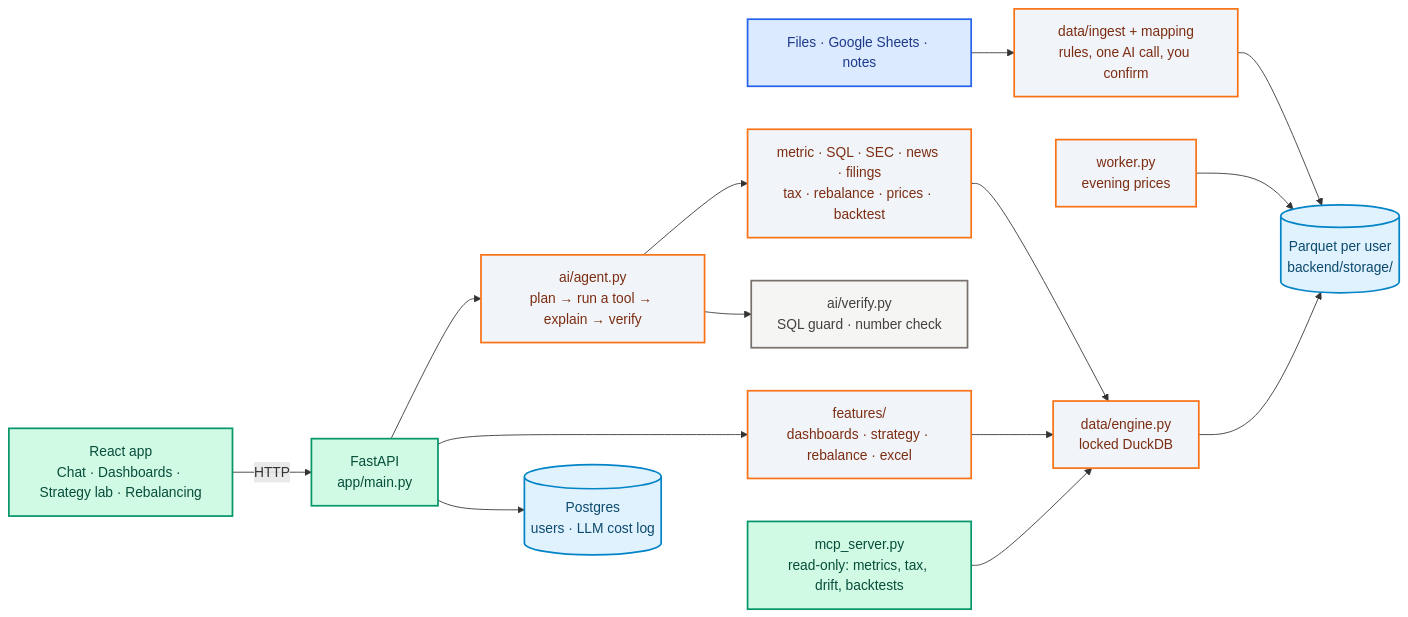
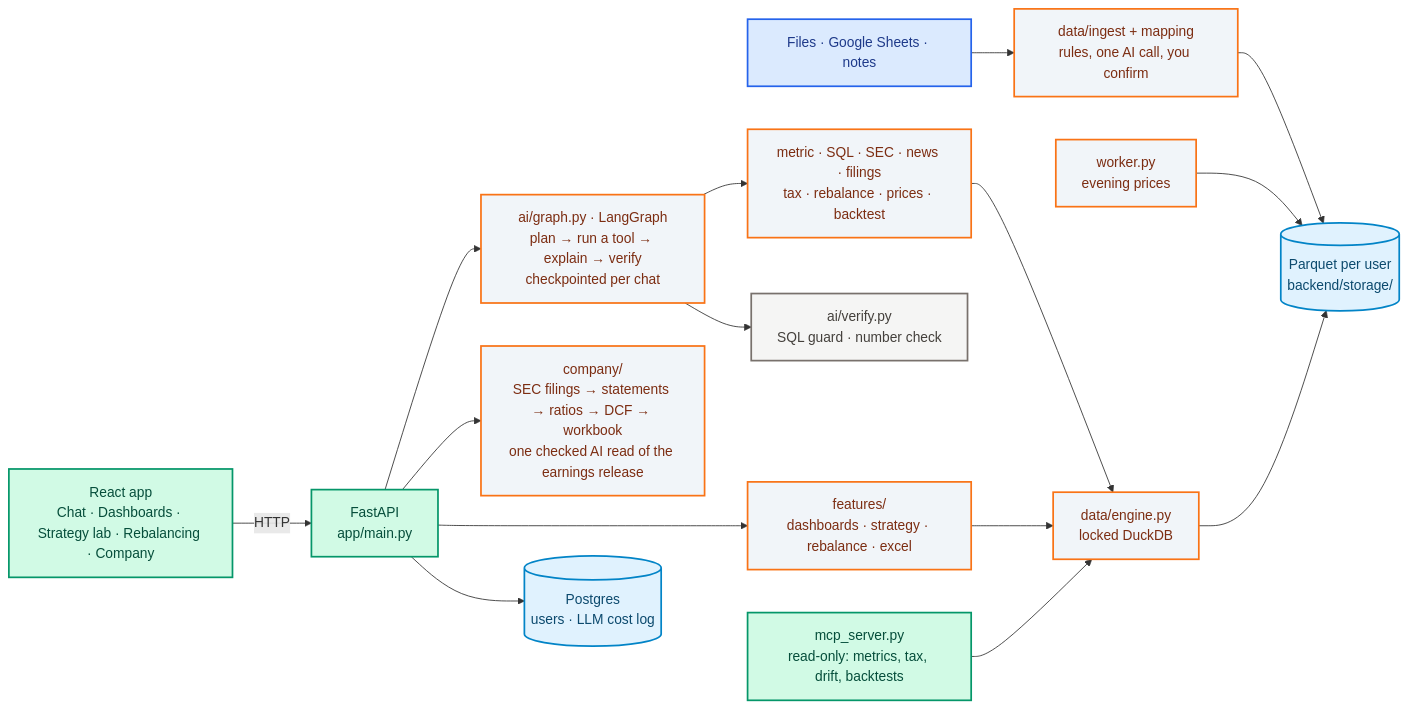
One commit to AmanDataGuy/WealthOS changed the diagram in README.md. Above: the diagram before and after it, drawn with Mermaid. The commit also changed other lines of this file, not shown here.

Commit message:
docs: describe the LangGraph assistant, company mode, PDF statements and sample data in the README

````diff
--- a/README.md
+++ b/README.md
@@ -38,23 +40,24 @@
 ```mermaid
 flowchart LR
     classDef input fill:#dbeafe,stroke:#2563eb,stroke-width:2px,color:#1e3a8a
     classDef interface fill:#d1fae5,stroke:#059669,stroke-width:2px,color:#064e3b
     classDef core fill:#f1f5f9,stroke:#f97316,stroke-width:2px,color:#7c2d12
     classDef data fill:#e0f2fe,stroke:#0284c7,stroke-width:2px,color:#0c4a6e
     classDef guard fill:#f5f5f4,stroke:#78716c,stroke-width:2px,color:#44403c
 
     Files[Files · Google Sheets · notes]:::input --> Ingest[data/ingest + mapping<br>rules, one AI call, you confirm]:::core
     Ingest --> PQ[(Parquet per user<br>backend/storage/)]:::data
     Worker[worker.py<br>evening prices]:::core --> PQ
 
-    UI[React app<br>Chat · Dashboards · Strategy lab · Rebalancing]:::interface -- HTTP --> API[FastAPI<br>app/main.py]:::interface
-    API --> Agent[ai/agent.py<br>plan → run a tool → explain → verify]:::core
+    UI[React app<br>Chat · Dashboards · Strategy lab · Rebalancing · Company]:::interface -- HTTP --> API[FastAPI<br>app/main.py]:::interface
+    API --> Agent[ai/graph.py · LangGraph<br>plan → run a tool → explain → verify<br>checkpointed per chat]:::core
+    API --> Company[company/<br>SEC filings → statements → ratios → DCF → workbook<br>one checked AI read of the earnings release]:::core
     Agent --> Tools[metric · SQL · SEC · news · filings<br>tax · rebalance · prices · backtest]:::core
     Tools --> Engine[data/engine.py<br>locked DuckDB]:::core
     API --> Features[features/<br>dashboards · strategy · rebalance · excel]:::core
     Features --> Engine
     Engine --> PQ
     Agent --> Verify[ai/verify.py<br>SQL guard · number check]:::guard
     MCP[mcp_server.py<br>read-only: metrics, tax, drift, backtests]:::interface --> Engine
     API --> PG[(Postgres<br>users · LLM cost log)]:::data
 ```
````
